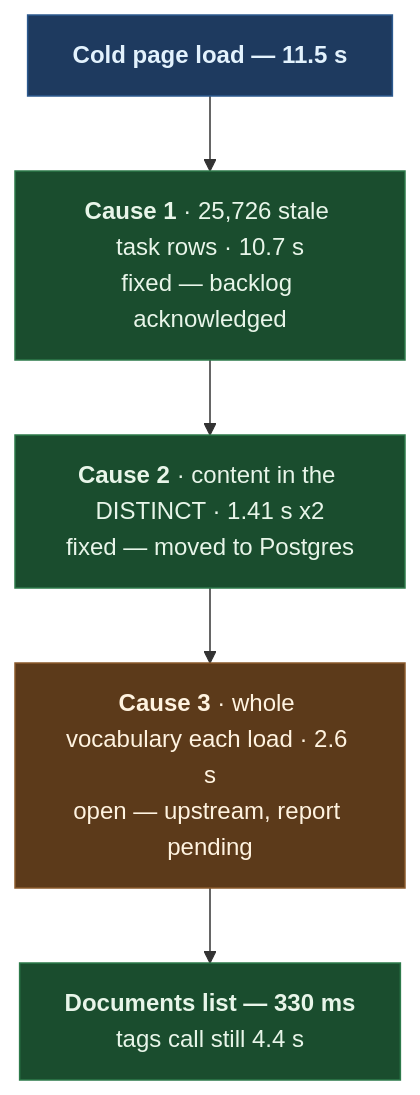
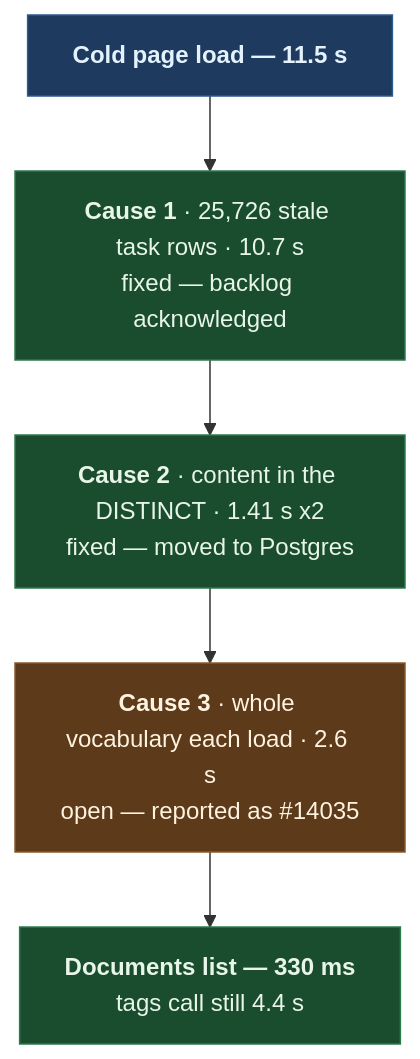
One commit to ViktorBarzin/infra changed the diagram in docs/research/2026-09-07-paperless-ngx-slowness.md. Above: the diagram before and after it, drawn with Mermaid. The commit also changed other lines of this file, not shown here.

First line of the commit message:
paperless: the tags report is filed upstream as #14035

````diff
--- a/docs/research/2026-09-07-paperless-ngx-slowness.md
+++ b/docs/research/2026-09-07-paperless-ngx-slowness.md
@@ -44,15 +44,15 @@
 ```mermaid
 flowchart TD
     L["<b>Cold page load — 11.5 s</b>"]
     L --> C1["<b>Cause 1</b> · 25,726 stale task rows · 10.7 s<br/>fixed — backlog acknowledged"]
     C1 --> C2["<b>Cause 2</b> · content in the DISTINCT · 1.41 s x2<br/>fixed — moved to Postgres"]
-    C2 --> C3["<b>Cause 3</b> · whole vocabulary each load · 2.6 s<br/>open — upstream, report pending"]
+    C2 --> C3["<b>Cause 3</b> · whole vocabulary each load · 2.6 s<br/>open — reported as #14035"]
     C3 --> D["<b>Documents list — 330 ms</b><br/>tags call still 4.4 s"]
 
     classDef fixed fill:#1a4d2e,stroke:#2d7a4a,color:#e8f5e9
     classDef open fill:#5c3a1a,stroke:#8a5a2b,color:#fff3e0
     classDef head fill:#1e3a5f,stroke:#2d5a8f,color:#e3f2fd
     class C1,C2,D fixed
     class C3 open
     class L head
 ```
````
